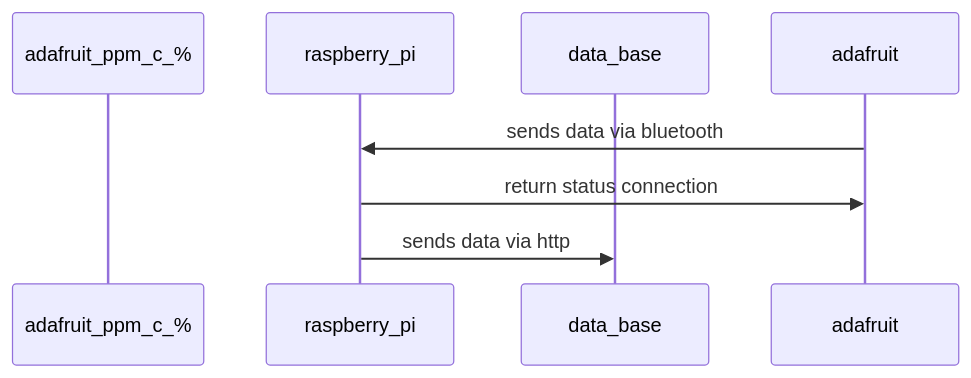
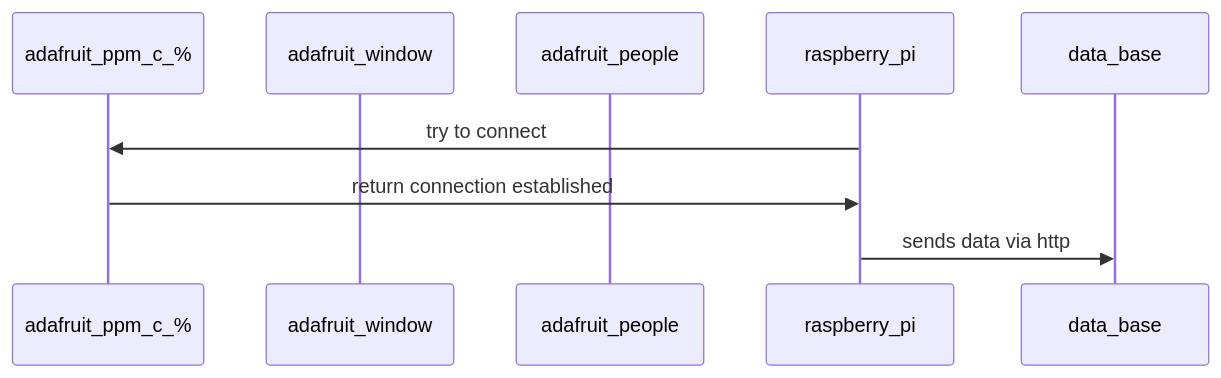
Before and after one commit to nicolarohner1337/smartclassroom: the diagram in abgabe_bericht/software_module_sequenzdiagramme/mainUnit.md, drawn with Mermaid.

````diff
--- a/abgabe_bericht/software_module_sequenzdiagramme/mainUnit.md
+++ b/abgabe_bericht/software_module_sequenzdiagramme/mainUnit.md
@@ -2,9 +2,11 @@
 ```mermaid
 sequenceDiagram
     participant adafruit_ppm_c_%
+    participant adafruit_window
+    participant adafruit_people
     participant raspberry_pi
     participant data_base
-    adafruit->>raspberry_pi: sends data via bluetooth
-    raspberry_pi->>adafruit: return status connection
+    raspberry_pi->>adafruit_ppm_c_%: try to connect
+    adafruit_ppm_c_%->>raspberry_pi: return connection established
     raspberry_pi->>data_base: sends data via http
 ```
````
